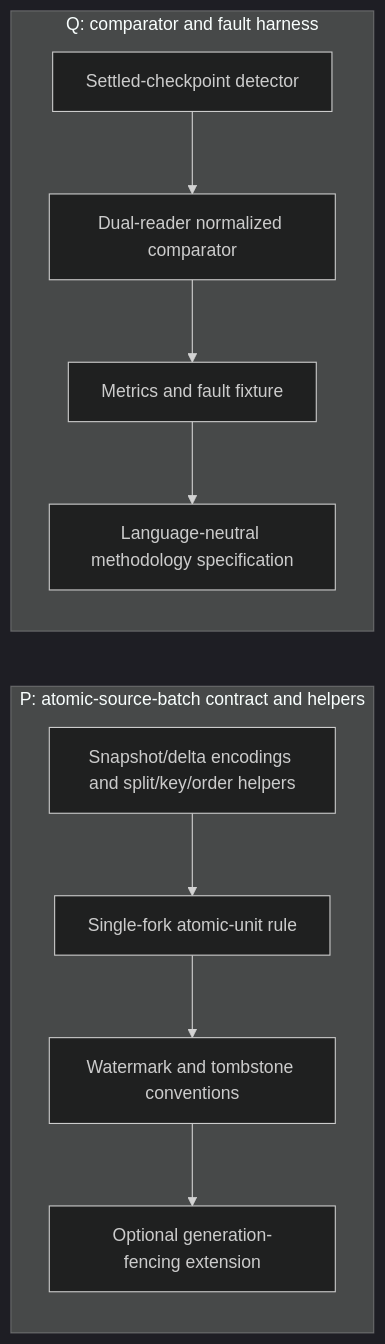
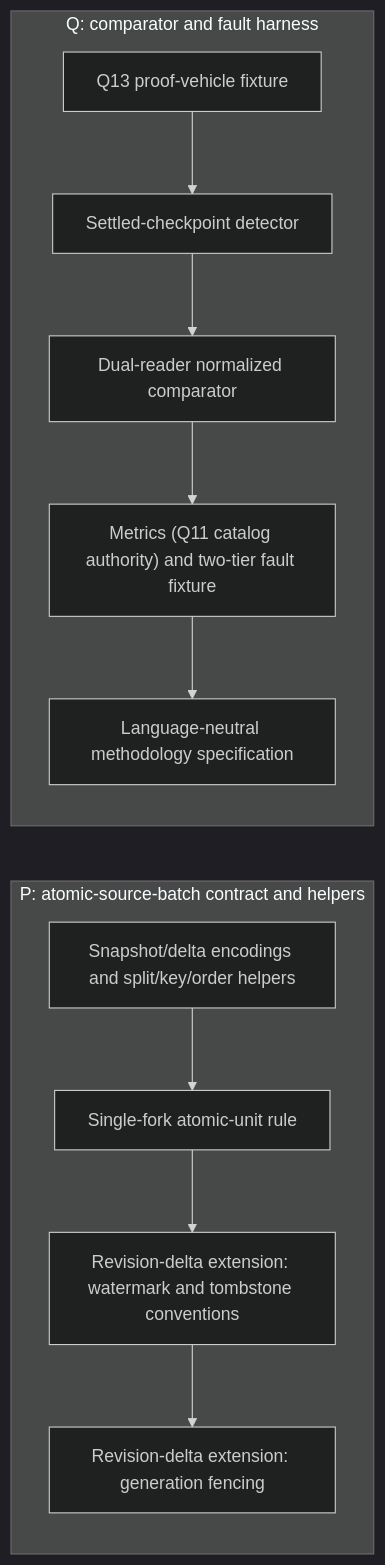
One commit to billf/convex-backend changed the first of 2 diagrams in docs/plans/detailed-prerequisites.md. Above: the diagram before and after it, drawn with Mermaid (dark theme). The commit also changed other lines of this file and 9 other files, not shown here.

````diff
--- a/docs/plans/detailed-prerequisites.md
+++ b/docs/plans/detailed-prerequisites.md
@@ -6,19 +6,20 @@
 ```mermaid
 flowchart LR
   subgraph P["P: atomic-source-batch contract and helpers"]
     p1["Snapshot/delta encodings and split/key/order helpers"]
     p2["Single-fork atomic-unit rule"]
-    p3["Watermark and tombstone conventions"]
-    p4["Optional generation-fencing extension"]
+    p3["Revision-delta extension: watermark and tombstone conventions"]
+    p4["Revision-delta extension: generation fencing"]
   end
 
   subgraph Q["Q: comparator and fault harness"]
     q1["Settled-checkpoint detector"]
     q2["Dual-reader normalized comparator"]
-    q3["Metrics and fault fixture"]
+    q3["Metrics (Q11 catalog authority) and two-tier fault fixture"]
     q4["Language-neutral methodology specification"]
+    q13["Q13 proof-vehicle fixture"]
   end
 
   p1 --> p2 --> p3 --> p4
-  q1 --> q2 --> q3 --> q4
+  q13 --> q1 --> q2 --> q3 --> q4
 ```
````
